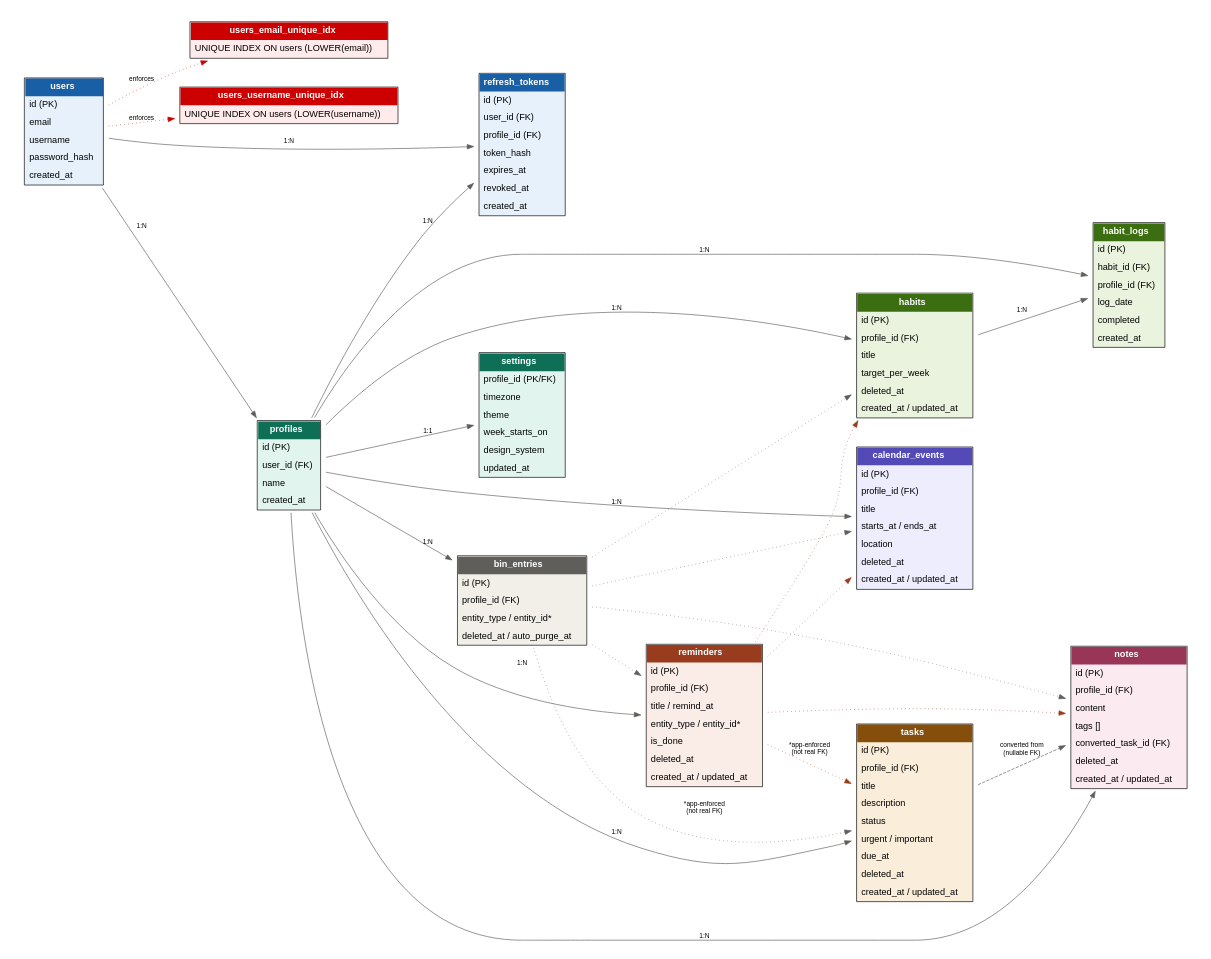
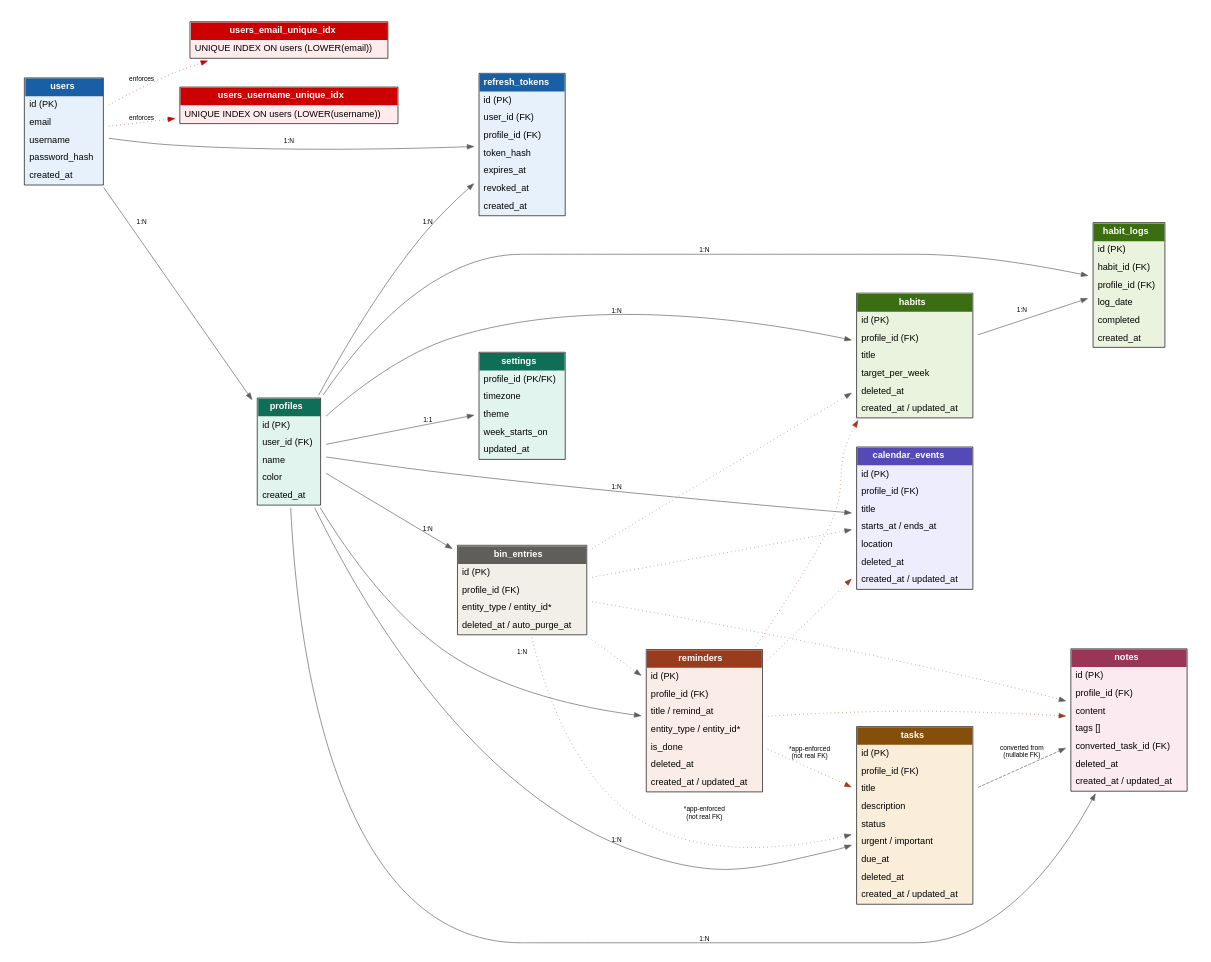
Before and after one commit to BhavanathJ/second-brain: the diagram in db/schema-erd.dot, drawn with Graphviz. The commit also changed 46 other files, not shown here.

```diff
--- a/db/schema-erd.dot
+++ b/db/schema-erd.dot
@@ -1,166 +1,166 @@
 digraph SecondBrainSchema {
   rankdir=LR;
   graph [fontname="Helvetica", bgcolor="white", pad=0.3, nodesep=0.5, ranksep=0.8];
   node [shape=plaintext, fontname="Helvetica"];
   edge [fontname="Helvetica", fontsize=10, color="#5f5e5a"];
 
   users [label=<
     <table border="1" cellborder="0" cellspacing="0" cellpadding="6" bgcolor="#E6F1FB">
       <tr><td bgcolor="#185FA5"><font color="white"><b>users</b></font></td></tr>
       <tr><td align="left">id (PK)</td></tr>
       <tr><td align="left">email</td></tr>
       <tr><td align="left">username</td></tr>
       <tr><td align="left">password_hash</td></tr>
       <tr><td align="left">created_at</td></tr>
     </table>>];
 
   users_email_unique_idx [label=<
     <table border="1" cellborder="0" cellspacing="0" cellpadding="6" bgcolor="#FFEBEB">
       <tr><td bgcolor="#CC0000"><font color="white"><b>users_email_unique_idx</b></font></td></tr>
       <tr><td align="left">UNIQUE INDEX ON users (LOWER(email))</td></tr>
     </table>>];
 
   users_username_unique_idx [label=<
     <table border="1" cellborder="0" cellspacing="0" cellpadding="6" bgcolor="#FFEBEB">
       <tr><td bgcolor="#CC0000"><font color="white"><b>users_username_unique_idx</b></font></td></tr>
       <tr><td align="left">UNIQUE INDEX ON users (LOWER(username))</td></tr>
     </table>>];
 
   profiles [label=<
     <table border="1" cellborder="0" cellspacing="0" cellpadding="6" bgcolor="#E1F5EE">
       <tr><td bgcolor="#0F6E56"><font color="white"><b>profiles</b></font></td></tr>
       <tr><td align="left">id (PK)</td></tr>
       <tr><td align="left">user_id (FK)</td></tr>
       <tr><td align="left">name</td></tr>
+      <tr><td align="left">color</td></tr>
       <tr><td align="left">created_at</td></tr>
     </table>>];
 
   refresh_tokens [label=<
     <table border="1" cellborder="0" cellspacing="0" cellpadding="6" bgcolor="#E6F1FB">
       <tr><td bgcolor="#185FA5"><font color="white"><b>refresh_tokens</b></font></td></tr>
       <tr><td align="left">id (PK)</td></tr>
       <tr><td align="left">user_id (FK)</td></tr>
       <tr><td align="left">profile_id (FK)</td></tr>
       <tr><td align="left">token_hash</td></tr>
       <tr><td align="left">expires_at</td></tr>
       <tr><td align="left">revoked_at</td></tr>
       <tr><td align="left">created_at</td></tr>
     </table>>];
 
   settings [label=<
     <table border="1" cellborder="0" cellspacing="0" cellpadding="6" bgcolor="#E1F5EE">
       <tr><td bgcolor="#0F6E56"><font color="white"><b>settings</b></font></td></tr>
       <tr><td align="left">profile_id (PK/FK)</td></tr>
       <tr><td align="left">timezone</td></tr>
       <tr><td align="left">theme</td></tr>
       <tr><td align="left">week_starts_on</td></tr>
-      <tr><td align="left">design_system</td></tr>
       <tr><td align="left">updated_at</td></tr>
     </table>>];
 
   tasks [label=<
     <table border="1" cellborder="0" cellspacing="0" cellpadding="6" bgcolor="#FAEEDA">
       <tr><td bgcolor="#854F0B"><font color="white"><b>tasks</b></font></td></tr>
       <tr><td align="left">id (PK)</td></tr>
       <tr><td align="left">profile_id (FK)</td></tr>
       <tr><td align="left">title</td></tr>
       <tr><td align="left">description</td></tr>
       <tr><td align="left">status</td></tr>
       <tr><td align="left">urgent / important</td></tr>
       <tr><td align="left">due_at</td></tr>
       <tr><td align="left">deleted_at</td></tr>
       <tr><td align="left">created_at / updated_at</td></tr>
     </table>>];
 
   notes [label=<
     <table border="1" cellborder="0" cellspacing="0" cellpadding="6" bgcolor="#FBEAF0">
       <tr><td bgcolor="#993556"><font color="white"><b>notes</b></font></td></tr>
       <tr><td align="left">id (PK)</td></tr>
       <tr><td align="left">profile_id (FK)</td></tr>
       <tr><td align="left">content</td></tr>
       <tr><td align="left">tags []</td></tr>
       <tr><td align="left">converted_task_id (FK)</td></tr>
       <tr><td align="left">deleted_at</td></tr>
       <tr><td align="left">created_at / updated_at</td></tr>
     </table>>];
 
   habits [label=<
     <table border="1" cellborder="0" cellspacing="0" cellpadding="6" bgcolor="#EAF3DE">
       <tr><td bgcolor="#3B6D11"><font color="white"><b>habits</b></font></td></tr>
       <tr><td align="left">id (PK)</td></tr>
       <tr><td align="left">profile_id (FK)</td></tr>
       <tr><td align="left">title</td></tr>
       <tr><td align="left">target_per_week</td></tr>
       <tr><td align="left">deleted_at</td></tr>
       <tr><td align="left">created_at / updated_at</td></tr>
     </table>>];
 
   habit_logs [label=<
     <table border="1" cellborder="0" cellspacing="0" cellpadding="6" bgcolor="#EAF3DE">
       <tr><td bgcolor="#3B6D11"><font color="white"><b>habit_logs</b></font></td></tr>
       <tr><td align="left">id (PK)</td></tr>
       <tr><td align="left">habit_id (FK)</td></tr>
       <tr><td align="left">profile_id (FK)</td></tr>
       <tr><td align="left">log_date</td></tr>
       <tr><td align="left">completed</td></tr>
       <tr><td align="left">created_at</td></tr>
     </table>>];
 
   calendar_events [label=<
     <table border="1" cellborder="0" cellspacing="0" cellpadding="6" bgcolor="#EEEDFE">
       <tr><td bgcolor="#534AB7"><font color="white"><b>calendar_events</b></font></td></tr>
       <tr><td align="left">id (PK)</td></tr>
       <tr><td align="left">profile_id (FK)</td></tr>
       <tr><td align="left">title</td></tr>
       <tr><td align="left">starts_at / ends_at</td></tr>
       <tr><td align="left">location</td></tr>
       <tr><td align="left">deleted_at</td></tr>
       <tr><td align="left">created_at / updated_at</td></tr>
     </table>>];
 
   reminders [label=<
     <table border="1" cellborder="0" cellspacing="0" cellpadding="6" bgcolor="#FAECE7">
       <tr><td bgcolor="#993C1D"><font color="white"><b>reminders</b></font></td></tr>
       <tr><td align="left">id (PK)</td></tr>
       <tr><td align="left">profile_id (FK)</td></tr>
       <tr><td align="left">title / remind_at</td></tr>
       <tr><td align="left">entity_type / entity_id*</td></tr>
       <tr><td align="left">is_done</td></tr>
       <tr><td align="left">deleted_at</td></tr>
       <tr><td align="left">created_at / updated_at</td></tr>
     </table>>];
 
   bin_entries [label=<
     <table border="1" cellborder="0" cellspacing="0" cellpadding="6" bgcolor="#F1EFE8">
       <tr><td bgcolor="#5F5E5A"><font color="white"><b>bin_entries</b></font></td></tr>
       <tr><td align="left">id (PK)</td></tr>
       <tr><td align="left">profile_id (FK)</td></tr>
       <tr><td align="left">entity_type / entity_id*</td></tr>
       <tr><td align="left">deleted_at / auto_purge_at</td></tr>
     </table>>];
 
   users -> profiles [label="1:N"];
   users -> users_email_unique_idx [style=dotted color="#CC0000" label="enforces"];
   users -> users_username_unique_idx [style=dotted color="#CC0000" label="enforces"];
   users -> refresh_tokens [label="1:N"];
   profiles -> refresh_tokens [label="1:N"];
   profiles -> settings [label="1:1"];
   profiles -> tasks [label="1:N"];
   profiles -> notes [label="1:N"];
   profiles -> habits [label="1:N"];
   profiles -> habit_logs [label="1:N"];
   profiles -> calendar_events [label="1:N"];
   profiles -> reminders [label="1:N"];
   profiles -> bin_entries [label="1:N"];
   tasks -> notes [label="converted from\n(nullable FK)" style=dashed];
   habits -> habit_logs [label="1:N"];
   reminders -> tasks [label="*app-enforced\n(not real FK)" style=dotted color="#993C1D"];
   reminders -> habits [style=dotted color="#993C1D"];
   reminders -> calendar_events [style=dotted color="#993C1D"];
   reminders -> notes [style=dotted color="#993C1D"];
   bin_entries -> tasks [label="*app-enforced\n(not real FK)" style=dotted color="#5F5E5A"];
   bin_entries -> notes [style=dotted color="#5F5E5A"];
   bin_entries -> habits [style=dotted color="#5F5E5A"];
   bin_entries -> calendar_events [style=dotted color="#5F5E5A"];
   bin_entries -> reminders [style=dotted color="#5F5E5A"];
 }
```
